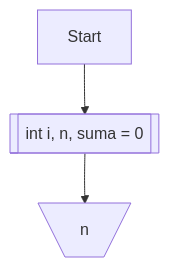
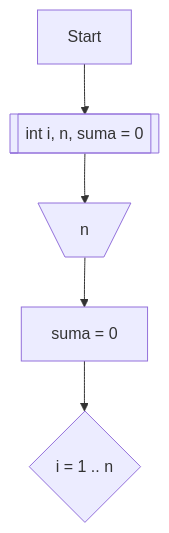
Before and after one commit to radlovacki/proba: the diagram in zadatak.md, drawn with Mermaid.

````diff
--- a/zadatak.md
+++ b/zadatak.md
@@ -25,6 +25,7 @@
 ```mermaid
 flowchart TD
     Start --> id1[[int i, n, suma = 0]]
     id1 --> id2[\n/]
-    
+    id2 --> id3[suma = 0]
+    id3 --> id4{i = 1 .. n}
 ```
````
